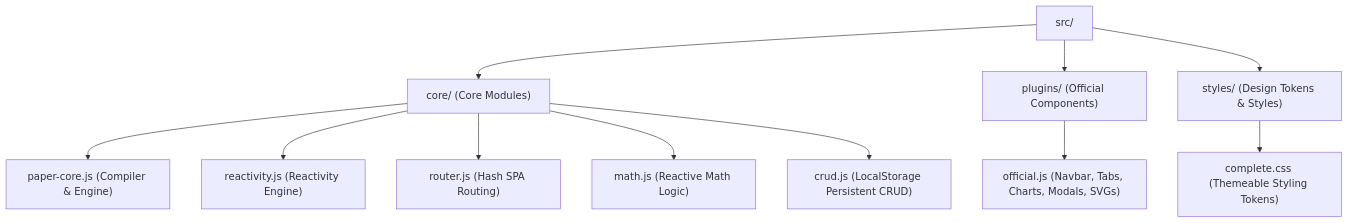
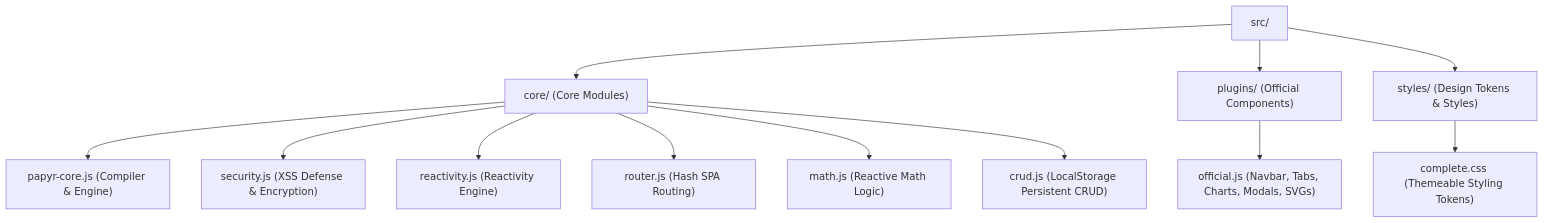
One commit to EldrexDelosReyesBula/Paper.js changed the diagram in CONTRIBUTING.md. Above: the diagram before and after it, drawn with Mermaid. The commit also changed other lines of this file and 11 other files, not shown here.

````diff
--- a/CONTRIBUTING.md
+++ b/CONTRIBUTING.md
@@ -13,16 +13,17 @@
 ```mermaid
 graph TD
     src["src/"]
     src --> core["core/ (Core Modules)"]
     src --> plugins["plugins/ (Official Components)"]
     src --> styles["styles/ (Design Tokens & Styles)"]
     
-    core --> core_js["paper-core.js (Compiler & Engine)"]
+    core --> core_js["papyr-core.js (Compiler & Engine)"]
+    core --> security_js["security.js (XSS Defense & Encryption)"]
     core --> react_js["reactivity.js (Reactivity Engine)"]
     core --> router_js["router.js (Hash SPA Routing)"]
     core --> math_js["math.js (Reactive Math Logic)"]
     core --> crud_js["crud.js (LocalStorage Persistent CRUD)"]
     
     plugins --> off_js["official.js (Navbar, Tabs, Charts, Modals, SVGs)"]
     styles --> comp_css["complete.css (Themeable Styling Tokens)"]
 ```
````
